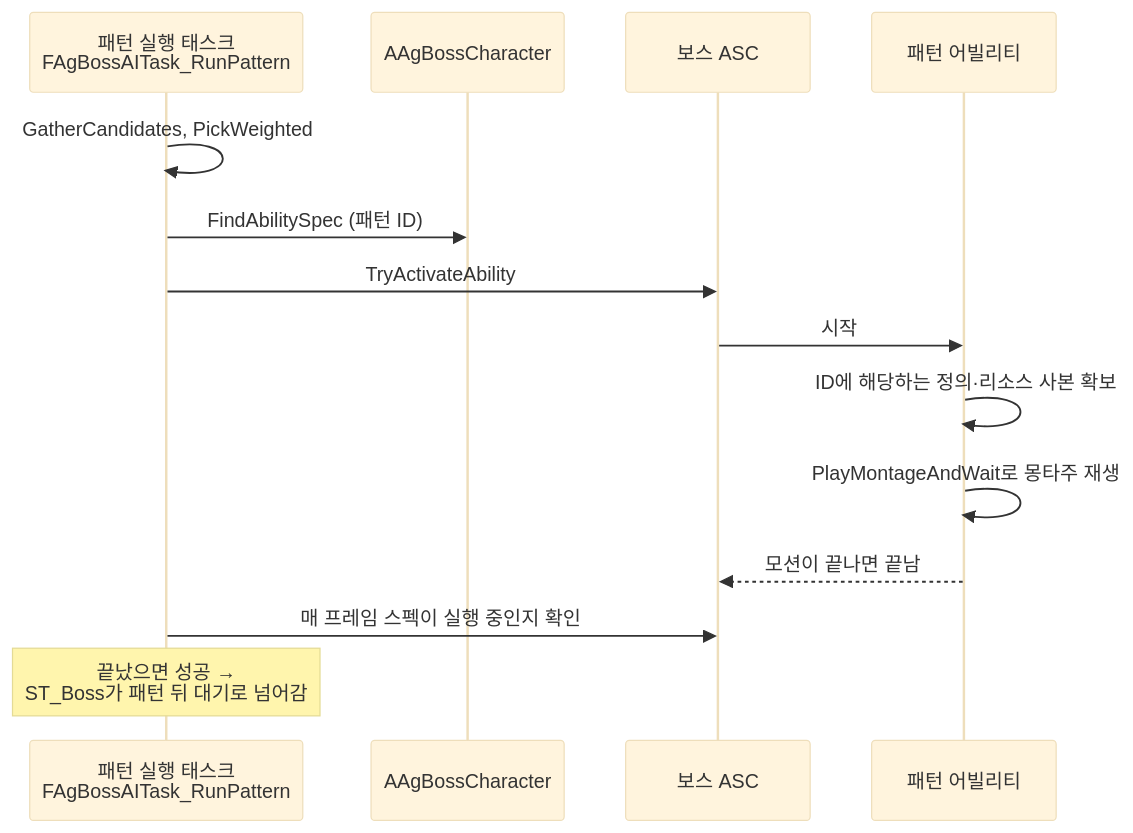
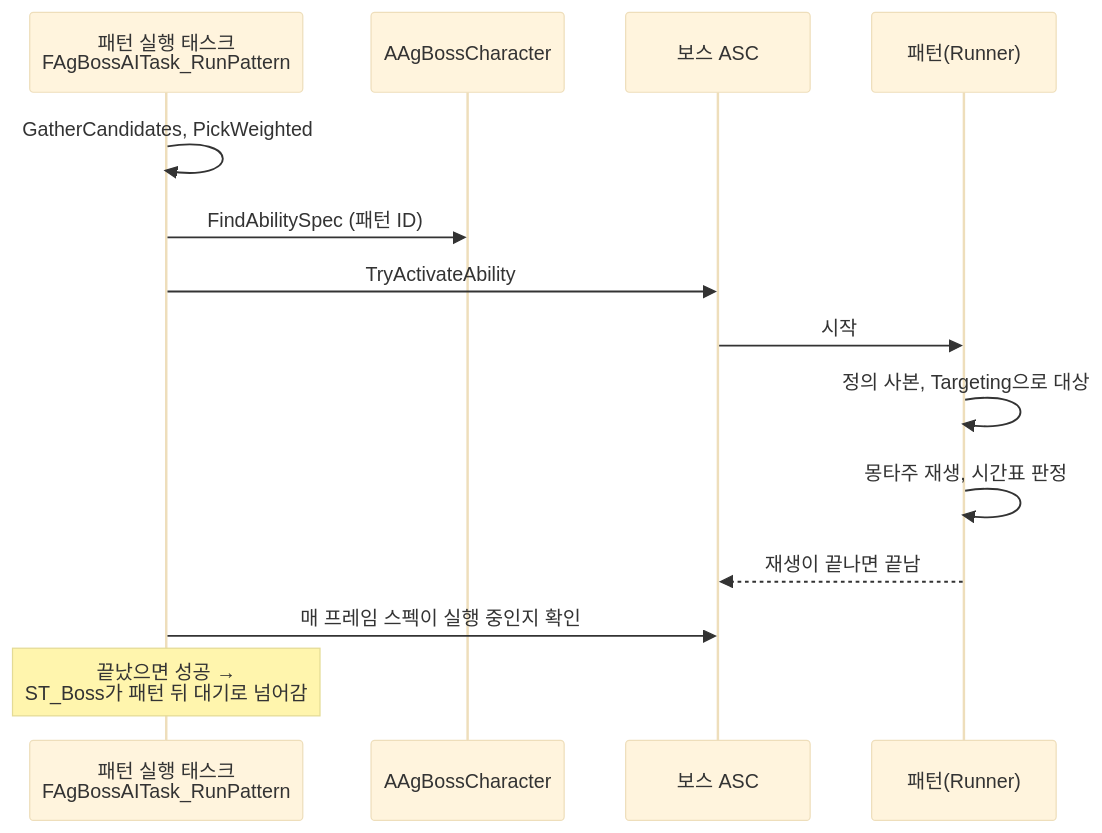
Before and after one commit to Woogl/Ag: the third of 3 diagrams in Docs/Program/보스.md, drawn with Mermaid (base theme). The commit also changed other lines of this file and 15 other files, not shown here.

````diff
--- a/Docs/Program/보스.md
+++ b/Docs/Program/보스.md
@@ -100,16 +101,16 @@
 ```mermaid
 sequenceDiagram
     participant T as 패턴 실행 태스크<br>FAgBossAITask_RunPattern
     participant B as AAgBossCharacter
     participant ASC as 보스 ASC
-    participant GA as 패턴 어빌리티
+    participant GA as 패턴(Runner)
     T->>T: GatherCandidates, PickWeighted
     T->>B: FindAbilitySpec (패턴 ID)
     T->>ASC: TryActivateAbility
     ASC->>GA: 시작
-    GA->>GA: ID에 해당하는 정의·리소스 사본 확보
-    GA->>GA: PlayMontageAndWait로 몽타주 재생
-    GA-->>ASC: 모션이 끝나면 끝남
+    GA->>GA: 정의 사본, Targeting으로 대상
+    GA->>GA: 몽타주 재생, 시간표 판정
+    GA-->>ASC: 재생이 끝나면 끝남
     T->>ASC: 매 프레임 스펙이 실행 중인지 확인
     Note over T: 끝났으면 성공 →<br>ST_Boss가 패턴 뒤 대기로 넘어감
 ```
````
